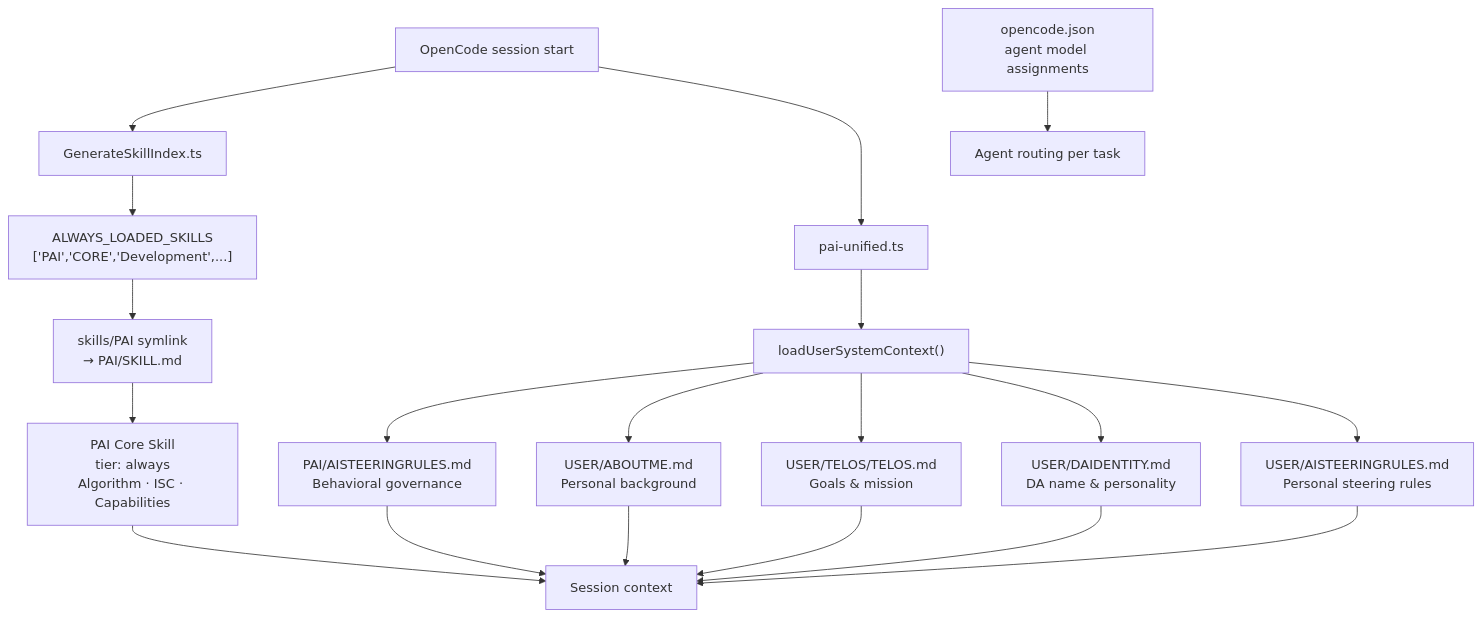
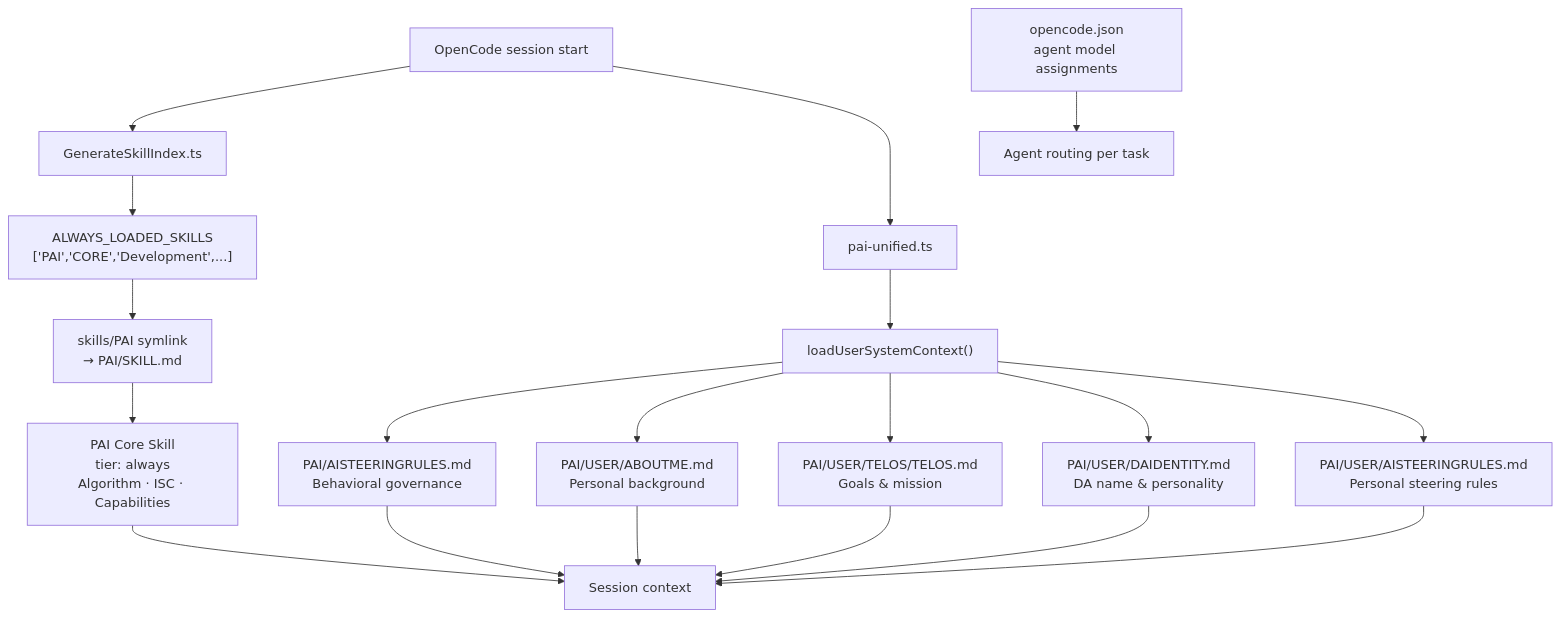
One commit to ktneely/pai-opencode changed the diagram in docs/PAI-ADAPTATIONS.md. Above: the diagram before and after it, drawn with Mermaid. The commit also changed other lines of this file and 1 other file, not shown here.

````diff
--- a/docs/PAI-ADAPTATIONS.md
+++ b/docs/PAI-ADAPTATIONS.md
@@ -257,21 +258,21 @@
 ```mermaid
 flowchart TD
     A[OpenCode session start] --> B[GenerateSkillIndex.ts]
     A --> C[pai-unified.ts]
 
     B --> D["ALWAYS_LOADED_SKILLS\n['PAI','CORE','Development',...]"]
     D --> E["skills/PAI symlink\n→ PAI/SKILL.md"]
     E --> F["PAI Core Skill\ntier: always\nAlgorithm · ISC · Capabilities"]
 
     C --> G["loadUserSystemContext()"]
     G --> H["PAI/AISTEERINGRULES.md\nBehavioral governance"]
-    G --> I["USER/ABOUTME.md\nPersonal background"]
-    G --> J["USER/TELOS/TELOS.md\nGoals & mission"]
-    G --> K["USER/DAIDENTITY.md\nDA name & personality"]
-    G --> L["USER/AISTEERINGRULES.md\nPersonal steering rules"]
+    G --> I["PAI/USER/ABOUTME.md\nPersonal background"]
+    G --> J["PAI/USER/TELOS/TELOS.md\nGoals & mission"]
+    G --> K["PAI/USER/DAIDENTITY.md\nDA name & personality"]
+    G --> L["PAI/USER/AISTEERINGRULES.md\nPersonal steering rules"]
 
     F --> M[Session context]
     H & I & J & K & L --> M
 
     N["opencode.json\nagent model assignments"] --> O[Agent routing per task]
 ```
````
